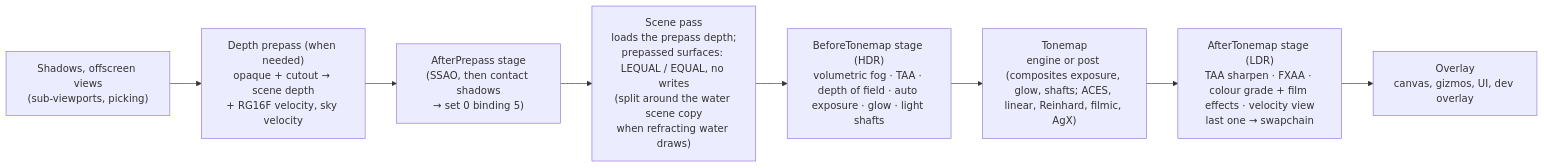
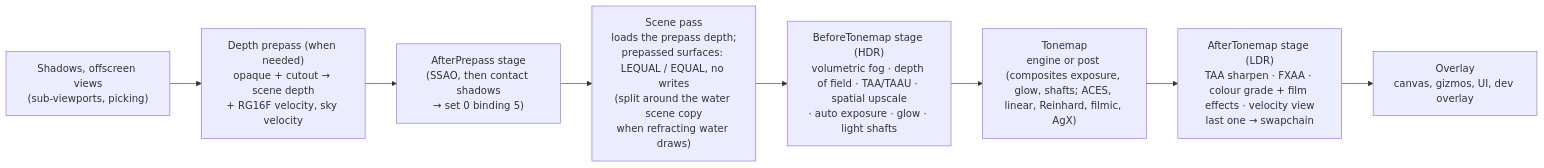
The diagram in docs/design/post-processing.md (Mainframe-Games/mainframe-engine), drawn with Mermaid before and after one commit. The commit also changed other lines of this file and 91 other files, not shown here.

````diff
--- a/docs/design/post-processing.md
+++ b/docs/design/post-processing.md
@@ -16,10 +17,10 @@
 ```mermaid
 flowchart LR
     SH["Shadows, offscreen views<br/>(sub-viewports, picking)"] --> PP["Depth prepass (when needed)<br/>opaque + cutout → scene depth<br/>+ RG16F velocity, sky velocity"]
     PP --> AP["AfterPrepass stage<br/>(SSAO, then contact shadows<br/>→ set 0 binding 5)"]
     AP --> SC["Scene pass<br/>loads the prepass depth;<br/>prepassed surfaces: LEQUAL / EQUAL, no writes<br/>(split around the water scene copy<br/>when refracting water draws)"]
-    SC --> BT["BeforeTonemap stage (HDR)<br/>volumetric fog · TAA · depth of field · auto exposure · glow · light shafts"]
+    SC --> BT["BeforeTonemap stage (HDR)<br/>volumetric fog · depth of field · TAA/TAAU · spatial upscale<br/>· auto exposure · glow · light shafts"]
     BT --> TM["Tonemap<br/>engine or post (composites exposure, glow, shafts; ACES, linear, Reinhard, filmic, AgX)"]
     TM --> AT["AfterTonemap stage (LDR)<br/>TAA sharpen · FXAA · colour grade + film effects · velocity view<br/>last one → swapchain"]
     AT --> OV["Overlay<br/>canvas, gizmos, UI, dev overlay"]
 ```
````
